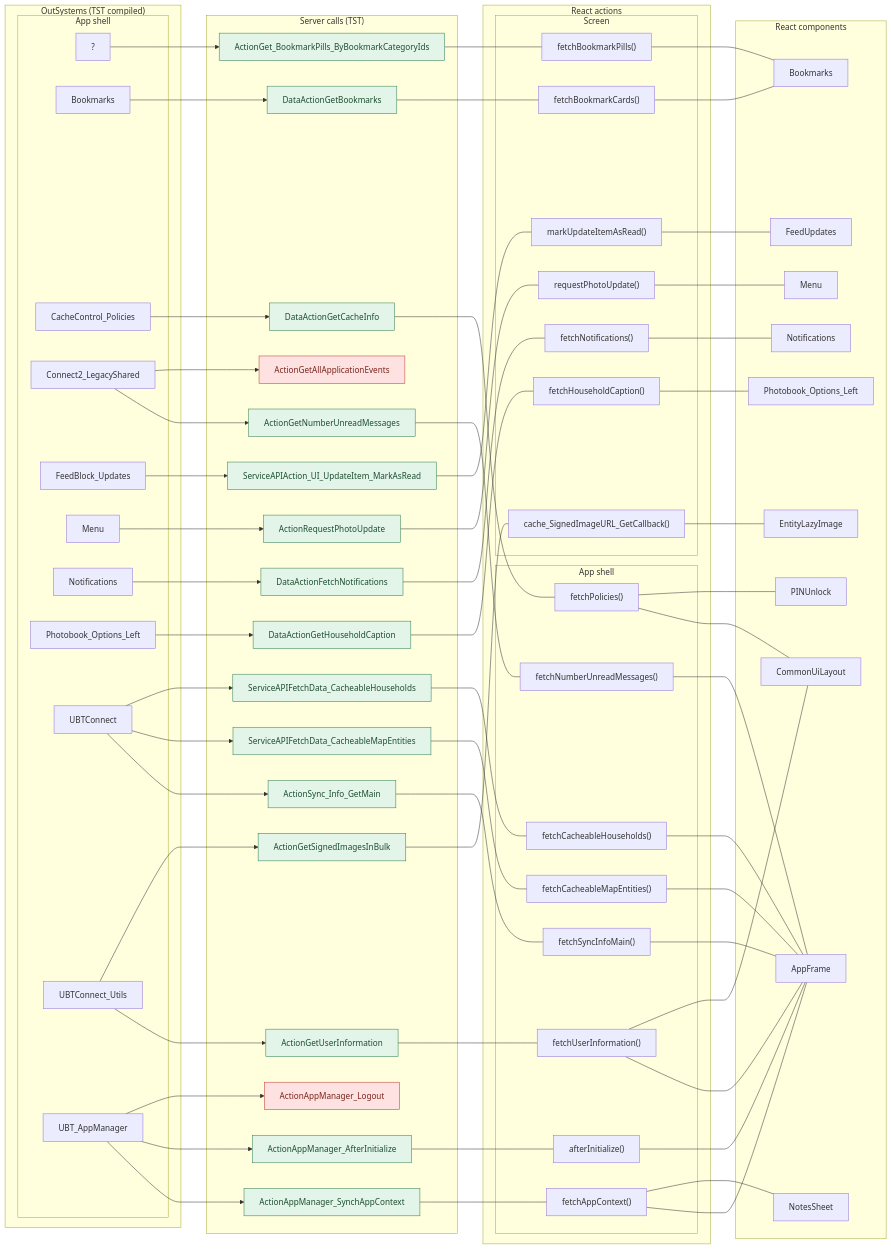
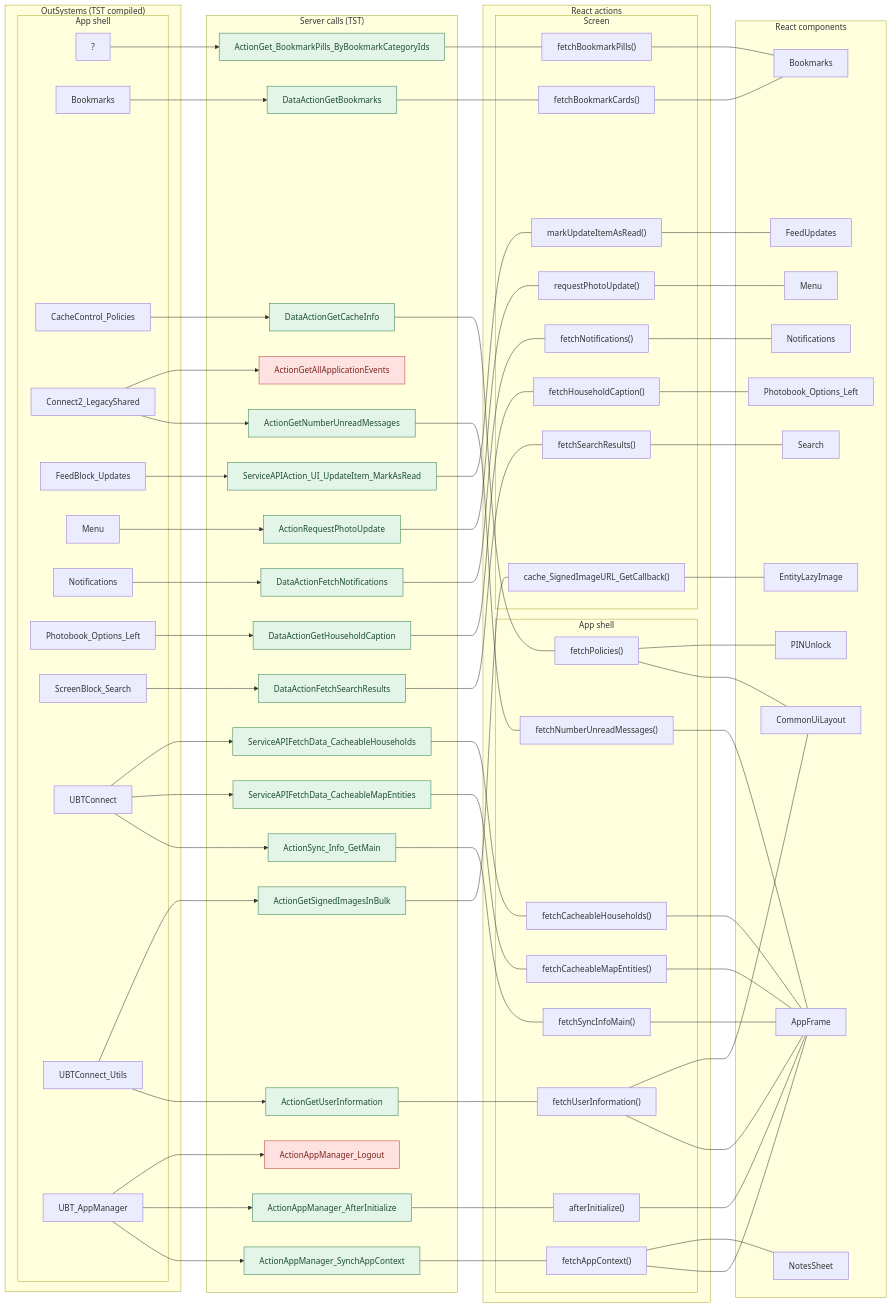
The first of 20 diagrams in route-actions/APP_SHELL.md (Phoenix-DX/connect-new-ui), drawn with Mermaid before and after one commit. The commit also changed other lines of this file and 9 other files, not shown here.

Commit message:
route actions: Search checked (6 calls, 0 missing, 4 questions); tool: a spread gives one binding per prop; anonymous handlers do not use a level

````diff
--- a/route-actions/APP_SHELL.md
+++ b/route-actions/APP_SHELL.md
@@ -59,115 +60,122 @@
       o5["Menu"]
       o6["Notifications"]
       o7["Photobook_Options_Left"]
-      o8["UBTConnect"]
-      o9["UBTConnect_Utils"]
-      o10["UBT_AppManager"]
+      o8["ScreenBlock_Search"]
+      o9["UBTConnect"]
+      o10["UBTConnect_Utils"]
+      o11["UBT_AppManager"]
     end
   end
   subgraph EP["Server calls (TST)"]
-    e11["ActionAppManager_SynchAppContext"]
-    e12["DataActionGetBookmarks"]
-    e13["ActionAppManager_AfterInitialize"]
-    e14["ActionSync_Info_GetMain"]
-    e15["ActionGetUserInformation"]
-    e16["ActionGetNumberUnreadMessages"]
-    e17["ServiceAPIFetchData_CacheableMapEntities"]
-    e18["ServiceAPIFetchData_CacheableHouseholds"]
-    e19["ActionGetAllApplicationEvents"]
-    e20["ActionGet_BookmarkPills_ByBookmarkCategoryIds"]
-    e21["ActionGetSignedImagesInBulk"]
-    e22["ServiceAPIAction_UI_UpdateItem_MarkAsRead"]
-    e23["ActionRequestPhotoUpdate"]
-    e24["ActionAppManager_Logout"]
-    e25["DataActionFetchNotifications"]
-    e26["DataActionGetCacheInfo"]
-    e27["DataActionGetHouseholdCaption"]
+    e12["ActionAppManager_SynchAppContext"]
+    e13["DataActionGetBookmarks"]
+    e14["ActionAppManager_AfterInitialize"]
+    e15["ActionSync_Info_GetMain"]
+    e16["ActionGetUserInformation"]
+    e17["ActionGetNumberUnreadMessages"]
+    e18["ServiceAPIFetchData_CacheableMapEntities"]
+    e19["ServiceAPIFetchData_CacheableHouseholds"]
+    e20["ActionGetAllApplicationEvents"]
+    e21["ActionGet_BookmarkPills_ByBookmarkCategoryIds"]
+    e22["ActionGetSignedImagesInBulk"]
+    e23["ServiceAPIAction_UI_UpdateItem_MarkAsRead"]
+    e24["ActionRequestPhotoUpdate"]
+    e25["ActionAppManager_Logout"]
+    e26["DataActionFetchNotifications"]
+    e27["DataActionGetCacheInfo"]
+    e28["DataActionGetHouseholdCaption"]
+    e29["DataActionFetchSearchResults"]
   end
   subgraph RE["React actions"]
     subgraph RE_shell["App shell"]
-      r28["afterInitialize()"]
-      r29["fetchAppContext()"]
-      r30["fetchCacheableHouseholds()"]
-      r31["fetchCacheableMapEntities()"]
-      r32["fetchNumberUnreadMessages()"]
-      r33["fetchPolicies()"]
-      r34["fetchSyncInfoMain()"]
-      r35["fetchUserInformation()"]
+      r30["afterInitialize()"]
+      r31["fetchAppContext()"]
+      r32["fetchCacheableHouseholds()"]
+      r33["fetchCacheableMapEntities()"]
+      r34["fetchNumberUnreadMessages()"]
+      r35["fetchPolicies()"]
+      r36["fetchSyncInfoMain()"]
+      r37["fetchUserInformation()"]
     end
     subgraph RE_page["Screen"]
-      r36["cache_SignedImageURL_GetCallback()"]
-      r37["fetchBookmarkCards()"]
-      r38["fetchBookmarkPills()"]
-      r39["fetchHouseholdCaption()"]
-      r40["fetchNotifications()"]
-      r41["markUpdateItemAsRead()"]
-      r42["requestPhotoUpdate()"]
+      r38["cache_SignedImageURL_GetCallback()"]
+      r39["fetchBookmarkCards()"]
+      r40["fetchBookmarkPills()"]
+      r41["fetchHouseholdCaption()"]
+      r42["fetchNotifications()"]
+      r43["fetchSearchResults()"]
+      r44["markUpdateItemAsRead()"]
+      r45["requestPhotoUpdate()"]
     end
   end
   subgraph RC["React components"]
-    c43["AppFrame"]
-    c44["Bookmarks"]
-    c45["CommonUiLayout"]
-    c46["EntityLazyImage"]
-    c47["FeedUpdates"]
-    c48["Menu"]
-    c49["NotesSheet"]
-    c50["Notifications"]
-    c51["PINUnlock"]
-    c52["Photobook_Options_Left"]
+    c46["AppFrame"]
+    c47["Bookmarks"]
+    c48["CommonUiLayout"]
+    c49["EntityLazyImage"]
+    c50["FeedUpdates"]
+    c51["Menu"]
+    c52["NotesSheet"]
+    c53["Notifications"]
+    c54["PINUnlock"]
+    c55["Photobook_Options_Left"]
+    c56["Search"]
   end
-  r28 --- c43
-  r29 --- c43
-  r30 --- c43
-  r31 --- c43
-  r32 --- c43
-  r34 --- c43
-  r35 --- c43
-  r29 --- c49
-  r37 --- c44
-  r38 --- c44
-  r33 --- c45
-  r35 --- c45
+  r30 --- c46
+  r31 --- c46
+  r32 --- c46
+  r33 --- c46
+  r34 --- c46
   r36 --- c46
-  r41 --- c47
-  r42 --- c48
-  r40 --- c50
-  r33 --- c51
-  r39 --- c52
-  o10 --> e11
-  o10 --> e13
-  o10 --> e24
-  o1 --> e12
-  o8 --> e14
-  o8 --> e17
-  o8 --> e18
+  r37 --- c46
+  r31 --- c52
+  r39 --- c47
+  r40 --- c47
+  r35 --- c48
+  r37 --- c48
+  r38 --- c49
+  r44 --- c50
+  r45 --- c51
+  r42 --- c53
+  r35 --- c54
+  r41 --- c55
+  r43 --- c56
+  o11 --> e12
+  o11 --> e14
+  o11 --> e25
+  o1 --> e13
   o9 --> e15
-  o9 --> e21
-  o3 --> e16
-  o3 --> e19
-  o0 --> e20
-  o4 --> e22
-  o5 --> e23
-  o6 --> e25
-  o2 --> e26
-  o7 --> e27
-  e11 --- r29
-  e12 --- r37
-  e13 --- r28
-  e14 --- r34
-  e15 --- r35
-  e16 --- r32
-  e17 --- r31
-  e18 --- r30
-  e20 --- r38
-  e21 --- r36
-  e22 --- r41
-  e23 --- r42
-  e25 --- r40
-  e26 --- r33
-  e27 --- r39
+  o9 --> e18
+  o9 --> e19
+  o10 --> e16
+  o10 --> e22
+  o3 --> e17
+  o3 --> e20
+  o0 --> e21
+  o4 --> e23
+  o5 --> e24
+  o6 --> e26
+  o2 --> e27
+  o7 --> e28
+  o8 --> e29
+  e12 --- r31
+  e13 --- r39
+  e14 --- r30
+  e15 --- r36
+  e16 --- r37
+  e17 --- r34
+  e18 --- r33
+  e19 --- r32
+  e21 --- r40
+  e22 --- r38
+  e23 --- r44
+  e24 --- r45
+  e26 --- r42
+  e27 --- r35
+  e28 --- r41
+  e29 --- r43
   classDef missing fill:#fde2e1,stroke:#c0392b,color:#7b241c
   classDef ok fill:#e3f4e8,stroke:#2e7d4f,color:#1d4d31
-  class e19,e24 missing
-  class e11,e12,e13,e14,e15,e16,e17,e18,e20,e21,e22,e23,e25,e26,e27 ok
+  class e20,e25 missing
+  class e12,e13,e14,e15,e16,e17,e18,e19,e21,e22,e23,e24,e26,e27,e28,e29 ok
 ```
````
